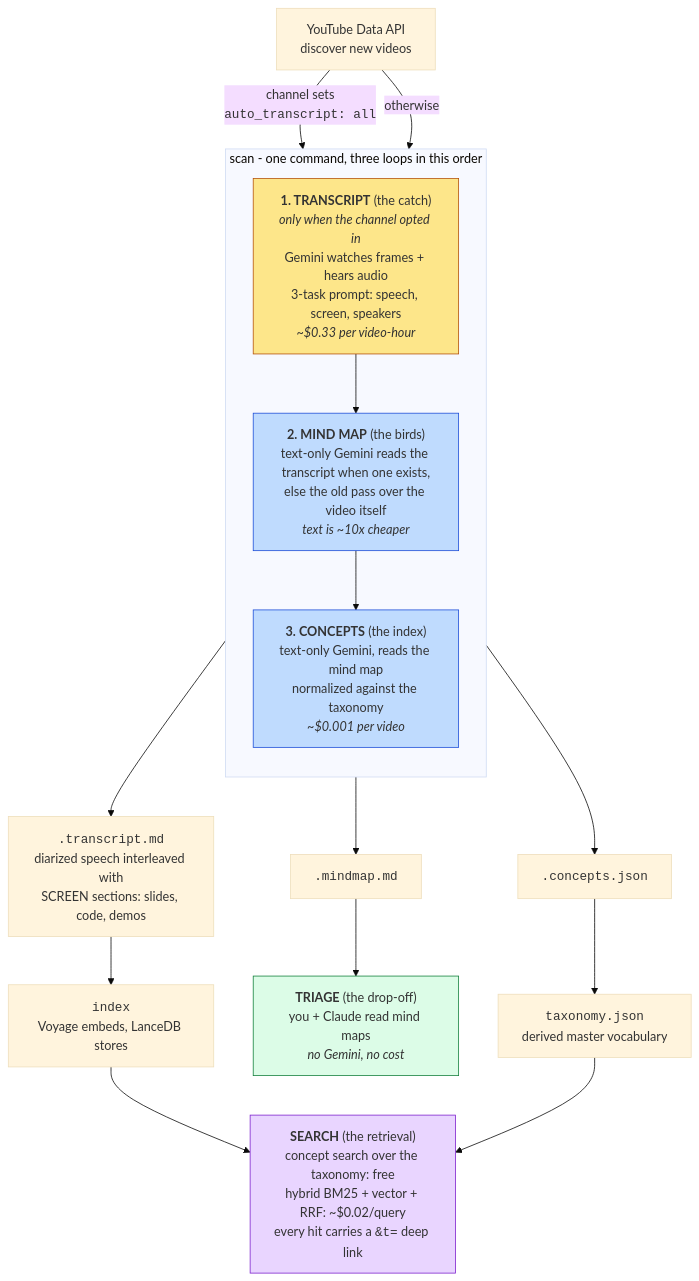
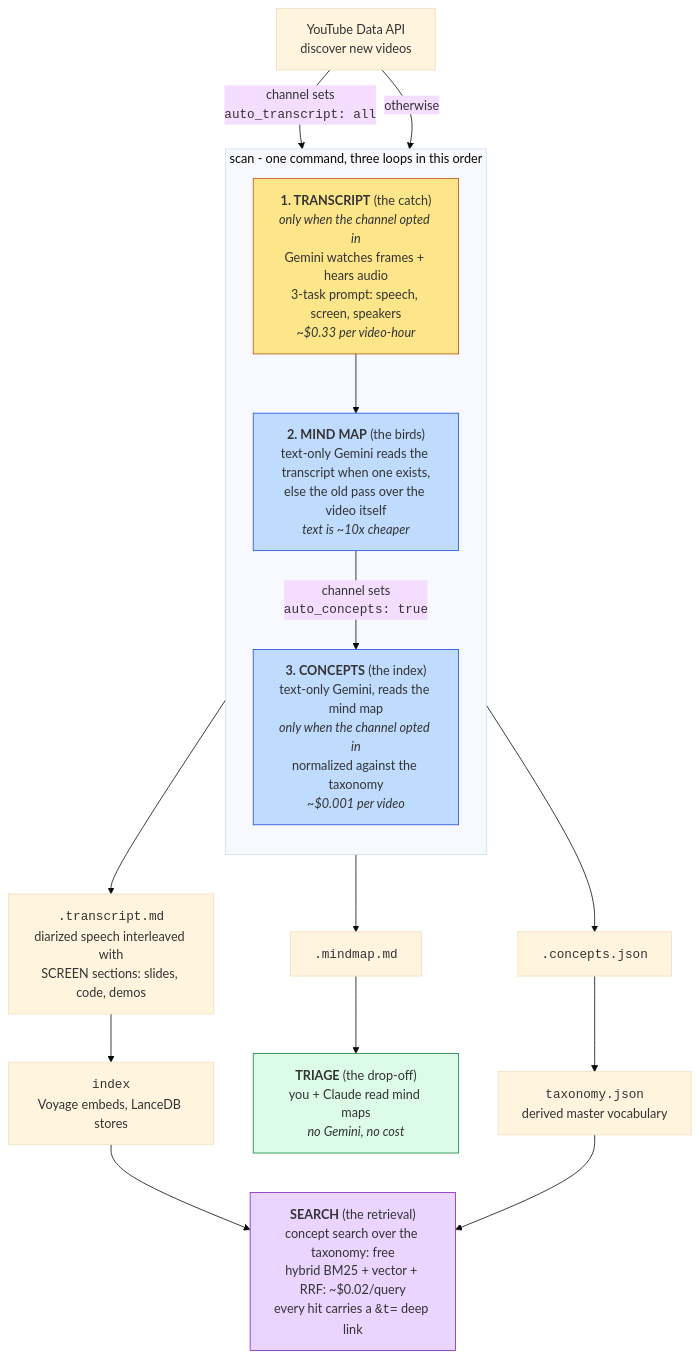
The diagram in README.md (dzivkovi/video-intel), drawn with Mermaid (base theme) before and after one commit. The commit also changed other lines of this file and 2 other files, not shown here.

````diff
--- a/README.md
+++ b/README.md
@@ -31,29 +31,30 @@
 ```mermaid
 flowchart TD
     Y["YouTube Data API<br/>discover new videos"] -->|"channel sets<br/><code>auto_transcript: all</code>"| T
     Y -->|"otherwise"| M
 
     subgraph scan["scan - one command, three loops in this order"]
         direction TB
         T["<b>1. TRANSCRIPT</b> (the catch)<br/><i>only when the channel opted in</i><br/>Gemini watches frames + hears audio<br/>3-task prompt: speech, screen, speakers<br/><i>~$0.33 per video-hour</i>"]
         M["<b>2. MIND MAP</b> (the birds)<br/>text-only Gemini reads the transcript when one exists,<br/>else the old pass over the video itself<br/><i>text is ~10x cheaper</i>"]
-        C["<b>3. CONCEPTS</b> (the index)<br/>text-only Gemini, reads the mind map<br/>normalized against the taxonomy<br/><i>~$0.001 per video</i>"]
-        T --> M --> C
+        C["<b>3. CONCEPTS</b> (the index)<br/>text-only Gemini, reads the mind map<br/><i>only when the channel opted in</i><br/>normalized against the taxonomy<br/><i>~$0.001 per video</i>"]
+        T --> M
+        M -->|"channel sets<br/><code>auto_concepts: true</code>"| C
     end
 
     T --> TR["<code>.transcript.md</code><br/>diarized speech interleaved with<br/>SCREEN sections: slides, code, demos"]
     M --> MM["<code>.mindmap.md</code>"]
     C --> CJ["<code>.concepts.json</code>"] --> TX["<code>taxonomy.json</code><br/>derived master vocabulary"]
 
     MM --> TRIAGE["<b>TRIAGE</b> (the drop-off)<br/>you + Claude read mind maps<br/><i>no Gemini, no cost</i>"]
 
     TR --> IDX["<code>index</code><br/>Voyage embeds, LanceDB stores"]
     IDX --> S["<b>SEARCH</b> (the retrieval)<br/>concept search over the taxonomy: free<br/>hybrid BM25 + vector + RRF: ~$0.02/query<br/>every hit carries a <code>&amp;t=</code> deep link"]
     TX --> S
 
     style T fill:#fde68a,stroke:#b45309
     style M fill:#bfdbfe,stroke:#1d4ed8
     style C fill:#bfdbfe,stroke:#1d4ed8
     style TRIAGE fill:#dcfce7,stroke:#15803d
     style S fill:#e9d5ff,stroke:#7e22ce
 ```
````
